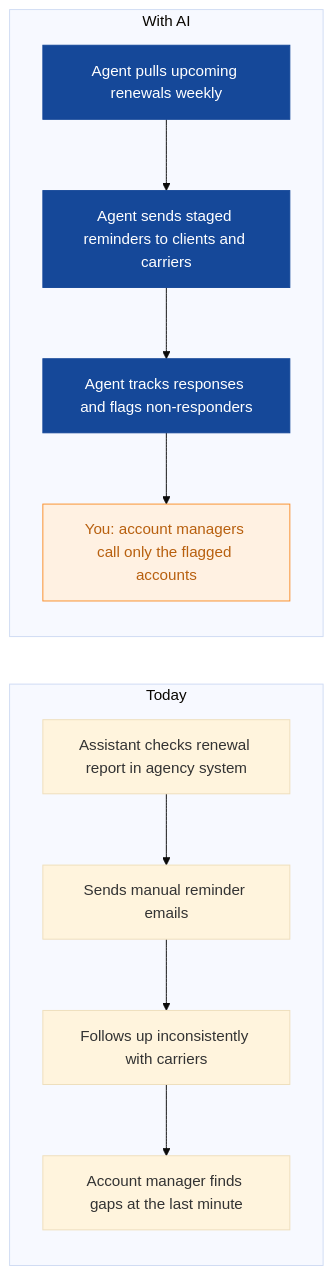
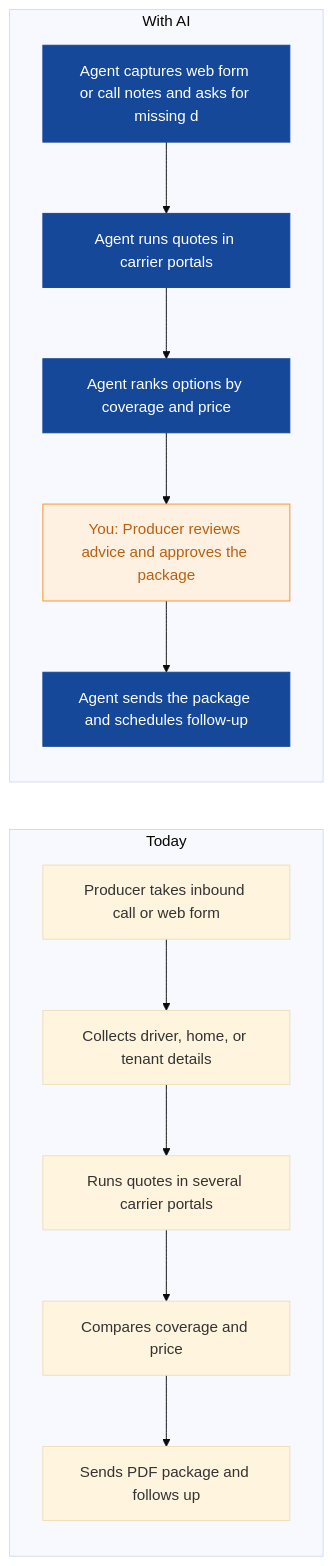
The second of 9 diagrams in strategies/clearpath-insurance-brokers.md (nexibeo/Complete-AI-Strategy), drawn with Mermaid (base theme) before and after one commit. The commit also changed other lines of this file and 26 other files, not shown here.

````diff
--- a/strategies/clearpath-insurance-brokers.md
+++ b/strategies/clearpath-insurance-brokers.md
@@ -78,21 +82,23 @@
 ```mermaid
 flowchart LR
   subgraph Today
-    B0["Assistant checks renewal report in agency system"]
-    B1["Sends manual reminder emails"]
-    B2["Follows up inconsistently with carriers"]
-    B3["Account manager finds gaps at the last minute"]
-    B0 --> B1 --> B2 --> B3
+    B0["Producer takes inbound call or web form"]
+    B1["Collects driver, home, or tenant details"]
+    B2["Runs quotes in several carrier portals"]
+    B3["Compares coverage and price"]
+    B4["Sends PDF package and follows up"]
+    B0 --> B1 --> B2 --> B3 --> B4
   end
   subgraph WithAI[With AI]
-    A0["Agent pulls upcoming renewals weekly"]
-    A1["Agent sends staged reminders to clients and carriers"]
-    A2["Agent tracks responses and flags non-responders"]
-    A3["You: account managers call only the flagged accounts"]
-    A0 --> A1 --> A2 --> A3
+    A0["Agent captures web form or call notes and asks for missing d"]
+    A1["Agent runs quotes in carrier portals"]
+    A2["Agent ranks options by coverage and price"]
+    A3["You: Producer reviews advice and approves the package"]
+    A4["Agent sends the package and schedules follow-up"]
+    A0 --> A1 --> A2 --> A3 --> A4
   end
   classDef ai fill:#154899,color:#fff,stroke:#154899
   classDef human fill:#FFF1E2,color:#B8600F,stroke:#F98F2C
-  class A0,A1,A2 ai
+  class A0,A1,A2,A4 ai
   class A3 human
 ```
````
